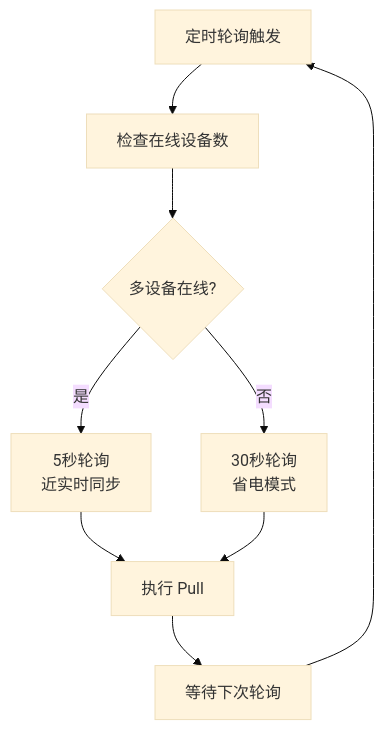
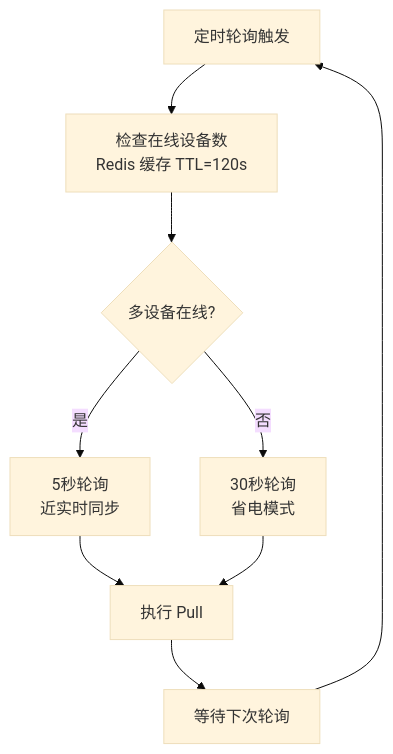
Before and after one commit to LucisXu/jotmo-skills: diagram 30 of 33 in 多端同步流程图.md, drawn with Mermaid (base theme). The commit also changed other lines of this file, not shown here.

````diff
--- a/多端同步流程图.md
+++ b/多端同步流程图.md
@@ -792,15 +1003,15 @@
 ```mermaid
 flowchart TD
-    Start["定时轮询触发"] --> CheckOnline["检查在线设备数"]
+    Start["定时轮询触发"] --> CheckOnline["检查在线设备数<br/>Redis 缓存 TTL=120s"]
 
     CheckOnline --> Multi{"多设备在线?"}
 
     Multi -->|"是"| Short["5秒轮询<br/>近实时同步"]
     Multi -->|"否"| Long["30秒轮询<br/>省电模式"]
 
     Short --> Poll["执行 Pull"]
     Long --> Poll
 
     Poll --> Wait["等待下次轮询"]
     Wait --> Start
 ```
````
